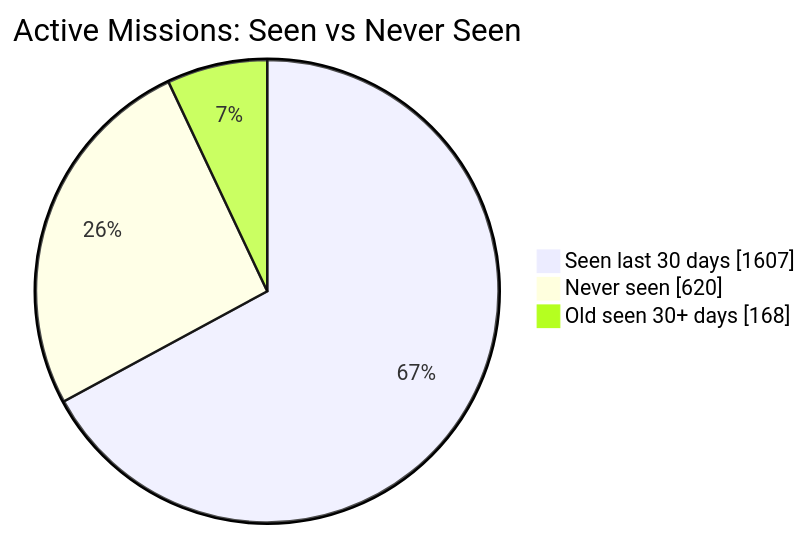
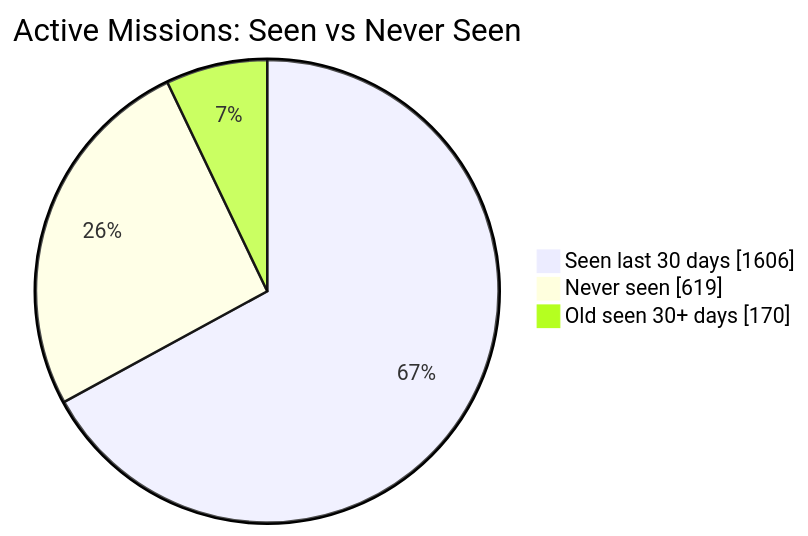
The first of 2 diagrams in README.md (MeldkamerspelGameTeam/active-missions), drawn with Mermaid before and after one commit. The commit also changed other lines of this file and 4 other files, not shown here.

````diff
--- a/README.md
+++ b/README.md
@@ -34,7 +34,7 @@
 ```mermaid
 pie showData
     title Active Missions: Seen vs Never Seen
-    "Seen last 30 days" : 1607
-    "Never seen" : 620
-    "Old seen 30+ days" : 168
+    "Seen last 30 days" : 1606
+    "Never seen" : 619
+    "Old seen 30+ days" : 170
 ```
````
